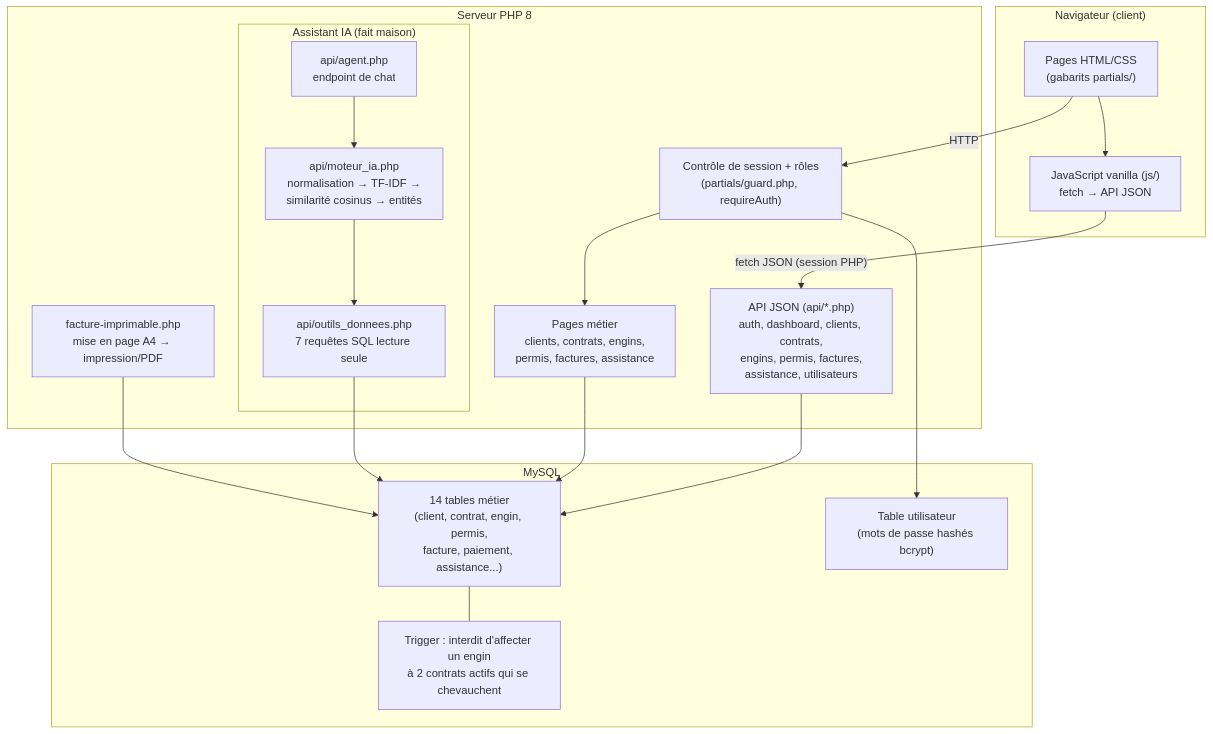
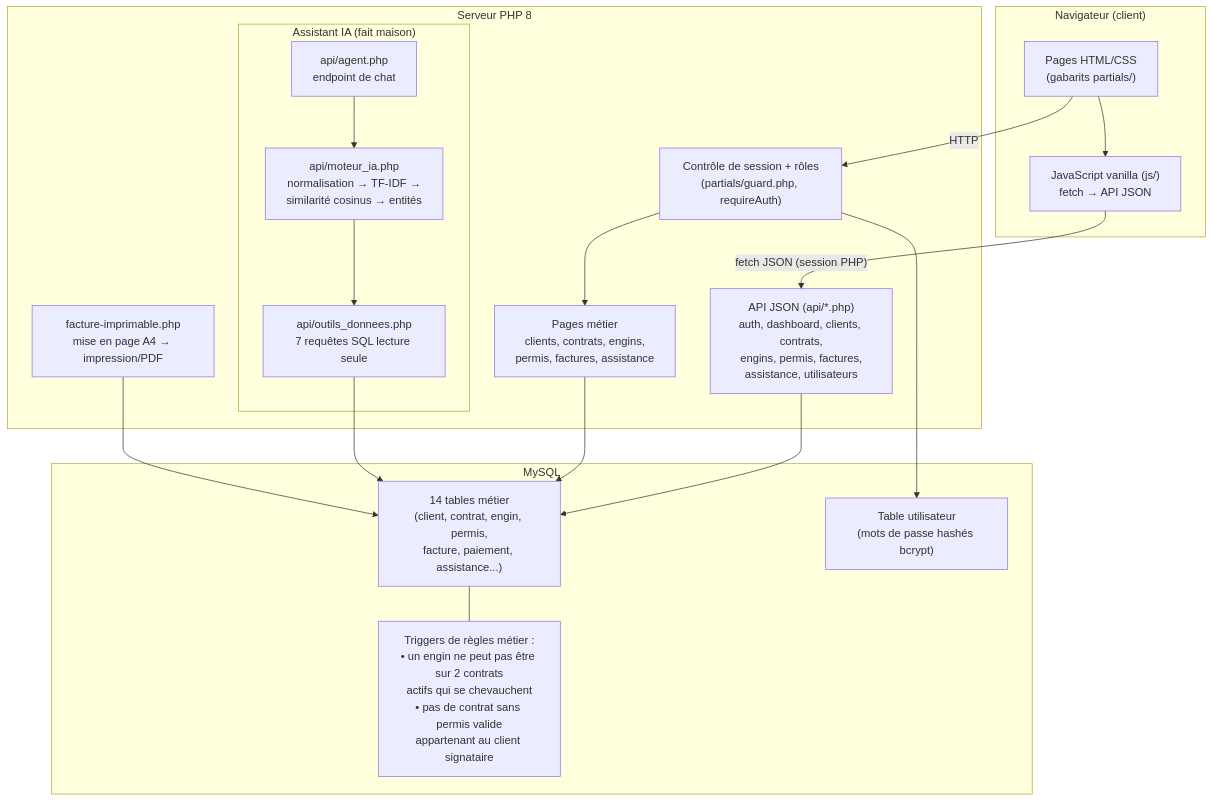
One commit to Christian-doko/ab_engins changed the first of 3 diagrams in docs/architecture.md. Above: the diagram before and after it, drawn with Mermaid. The commit also changed other lines of this file and 10 other files, not shown here.

````diff
--- a/docs/architecture.md
+++ b/docs/architecture.md
@@ -8,35 +8,35 @@
 ```mermaid
 flowchart TB
     subgraph NAV["Navigateur (client)"]
         UI["Pages HTML/CSS<br/>(gabarits partials/)"]
         JS["JavaScript vanilla (js/)<br/>fetch → API JSON"]
     end
 
     subgraph SRV["Serveur PHP 8"]
         GUARD["Contrôle de session + rôles<br/>(partials/guard.php, requireAuth)"]
         PAGES["Pages métier<br/>clients, contrats, engins,<br/>permis, factures, assistance"]
         API["API JSON (api/*.php)<br/>auth, dashboard, clients, contrats,<br/>engins, permis, factures,<br/>assistance, utilisateurs"]
         subgraph IA["Assistant IA (fait maison)"]
             AGENT["api/agent.php<br/>endpoint de chat"]
             MOTEUR["api/moteur_ia.php<br/>normalisation → TF-IDF →<br/>similarité cosinus → entités"]
             OUTILS["api/outils_donnees.php<br/>7 requêtes SQL lecture seule"]
         end
         PDF["facture-imprimable.php<br/>mise en page A4 → impression/PDF"]
     end
 
     subgraph BDD["MySQL"]
         TABLES["14 tables métier<br/>(client, contrat, engin, permis,<br/>facture, paiement, assistance...)"]
-        TRIGGER["Trigger : interdit d'affecter un engin<br/>à 2 contrats actifs qui se chevauchent"]
+        TRIGGER["Triggers de règles métier :<br/>• un engin ne peut pas être sur 2 contrats<br/>actifs qui se chevauchent<br/>• pas de contrat sans permis valide<br/>appartenant au client signataire"]
         USERS["Table utilisateur<br/>(mots de passe hashés bcrypt)"]
     end
 
     UI --> JS
     JS -->|"fetch JSON (session PHP)"| API
     UI -->|"HTTP"| GUARD --> PAGES
     API --> TABLES
     PAGES --> TABLES
     AGENT --> MOTEUR --> OUTILS --> TABLES
     PDF --> TABLES
     TABLES --- TRIGGER
     GUARD --> USERS
 ```
````
